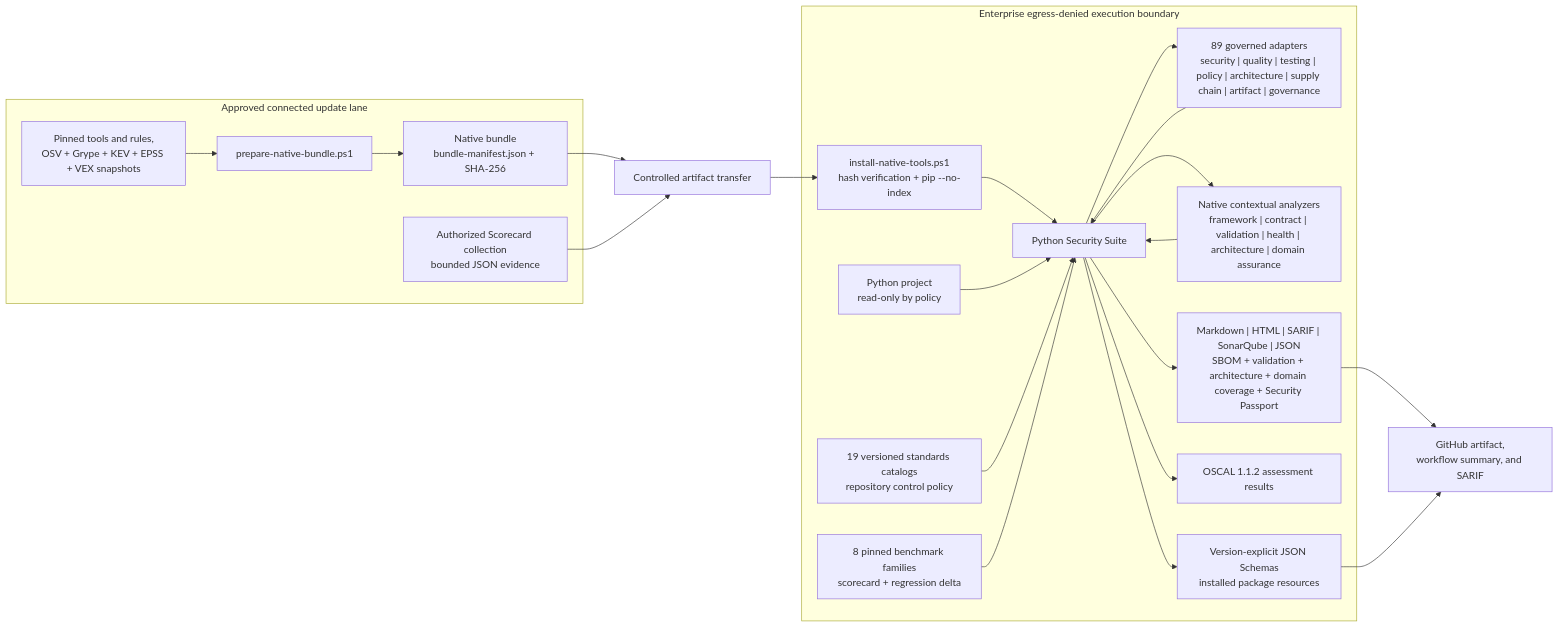
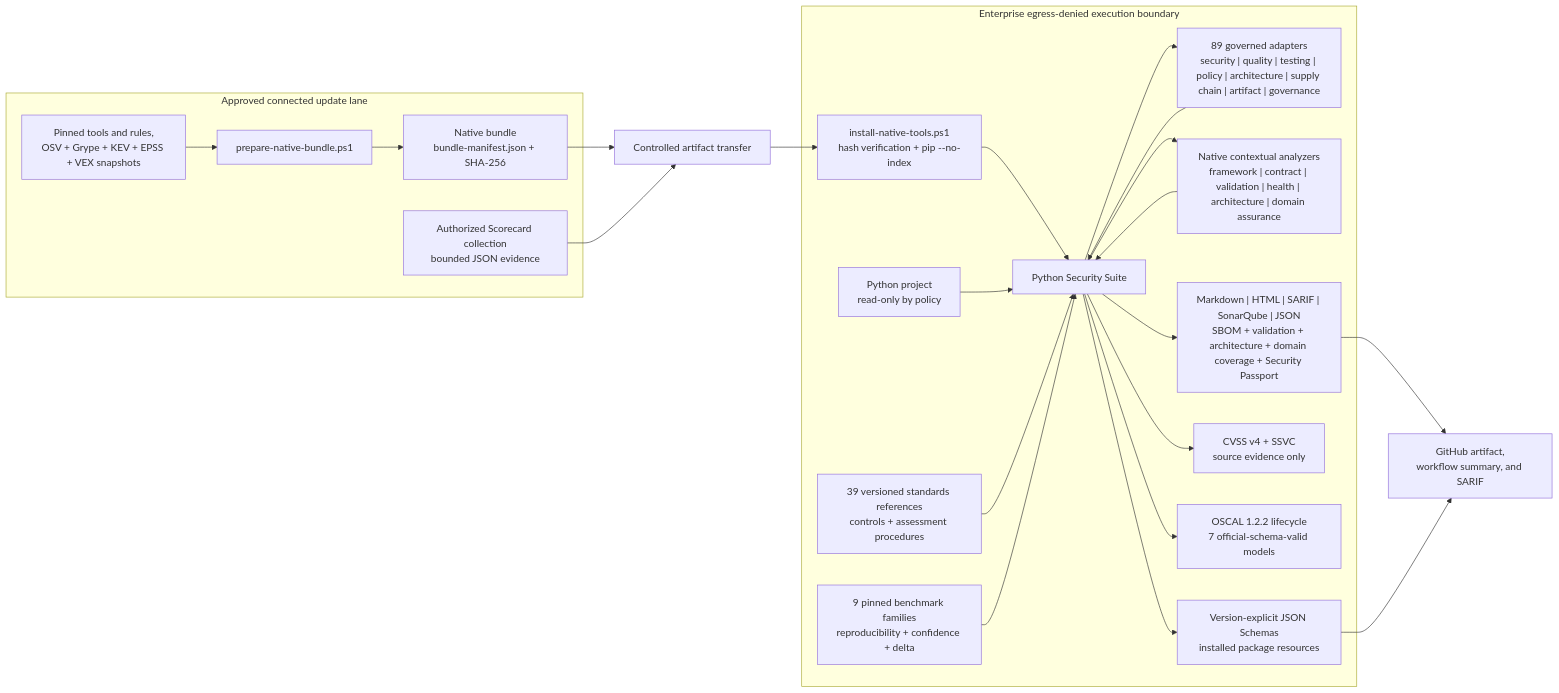
One commit to willtran87/project-py-security-suite changed the first of 17 diagrams in docs/design.md. Above: the diagram before and after it, drawn with Mermaid. The commit also changed 32 other files, not shown here.

````diff
--- a/docs/design.md
+++ b/docs/design.md
@@ -29,43 +29,45 @@
 ```mermaid
 flowchart LR
     subgraph Connected["Approved connected update lane"]
         Prep["prepare-native-bundle.ps1"]
         Sources["Pinned tools and rules,<br/>OSV + Grype + KEV + EPSS + VEX snapshots"]
         ScorecardCollect["Authorized Scorecard collection<br/>bounded JSON evidence"]
         Bundle["Native bundle<br/>bundle-manifest.json + SHA-256"]
         Sources --> Prep --> Bundle
     end
 
     Transfer["Controlled artifact transfer"]
 
     subgraph Boundary["Enterprise egress-denied execution boundary"]
         Install["install-native-tools.ps1<br/>hash verification + pip --no-index"]
         Project["Python project<br/>read-only by policy"]
         Suite["Python Security Suite"]
         Scanners["89 governed adapters<br/>security | quality | testing | policy | architecture | supply chain | artifact | governance"]
         Analyzers["Native contextual analyzers<br/>framework | contract | validation | health | architecture | domain assurance"]
         Reports["Markdown | HTML | SARIF | SonarQube | JSON<br/>SBOM + validation + architecture + domain coverage + Security Passport"]
-        Standards["19 versioned standards catalogs<br/>repository control policy"]
-        Benchmarks["8 pinned benchmark families<br/>scorecard + regression delta"]
-        OSCAL["OSCAL 1.1.2 assessment results"]
+        Standards["39 versioned standards references<br/>controls + assessment procedures"]
+        Benchmarks["9 pinned benchmark families<br/>reproducibility + confidence + delta"]
+        Priority["CVSS v4 + SSVC<br/>source evidence only"]
+        OSCAL["OSCAL 1.2.2 lifecycle<br/>7 official-schema-valid models"]
         Contracts["Version-explicit JSON Schemas<br/>installed package resources"]
         Install --> Suite
         Project --> Suite
         Suite --> Scanners
         Scanners --> Suite
         Suite --> Analyzers
         Analyzers --> Suite
         Standards --> Suite
         Benchmarks --> Suite
+        Suite --> Priority
         Suite --> OSCAL
         Suite --> Reports
         Suite --> Contracts
     end
 
     GitHub["GitHub artifact,<br/>workflow summary, and SARIF"]
 
     Bundle --> Transfer --> Install
     ScorecardCollect --> Transfer
     Reports --> GitHub
     Contracts --> GitHub
 ```
````
